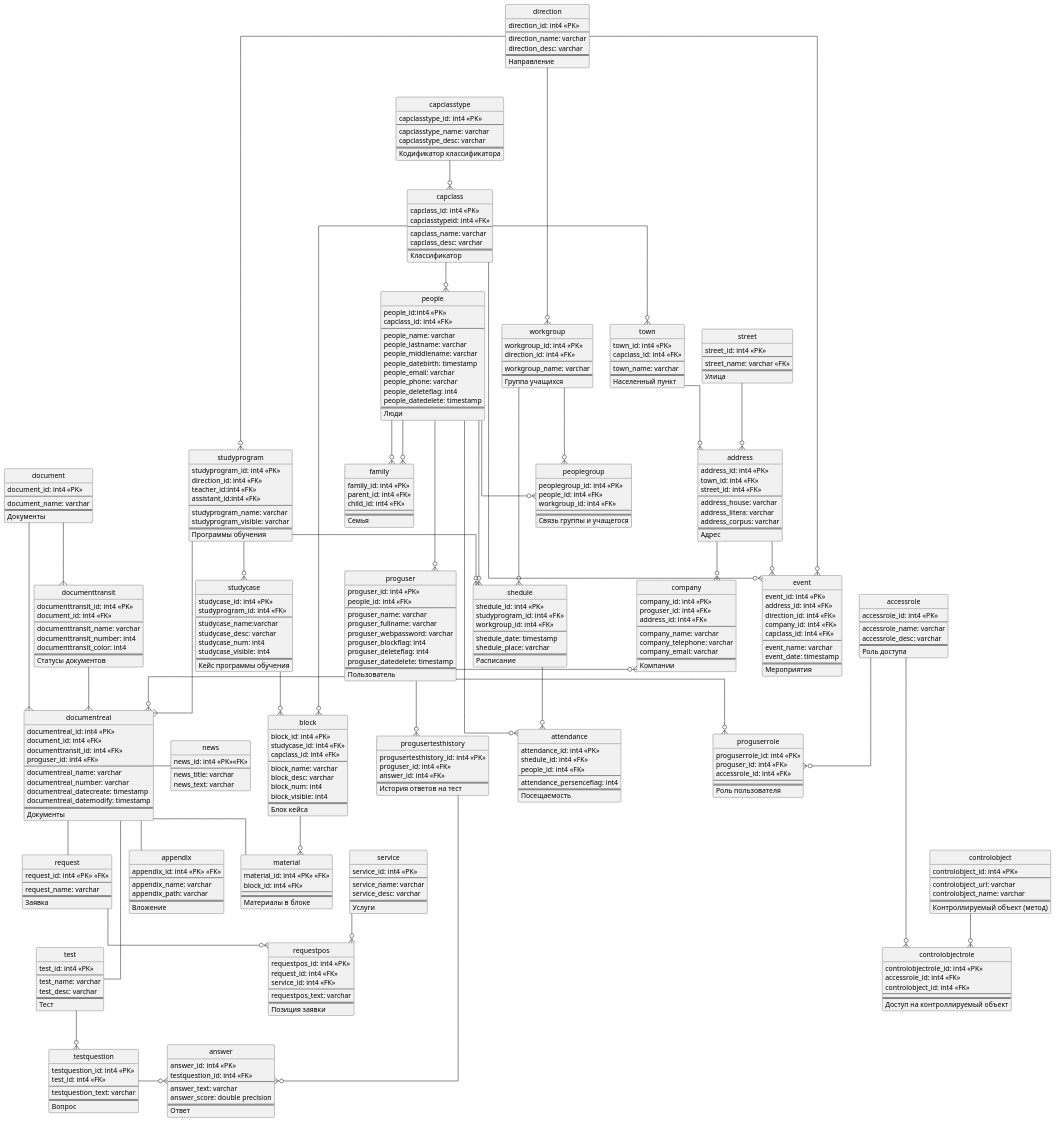
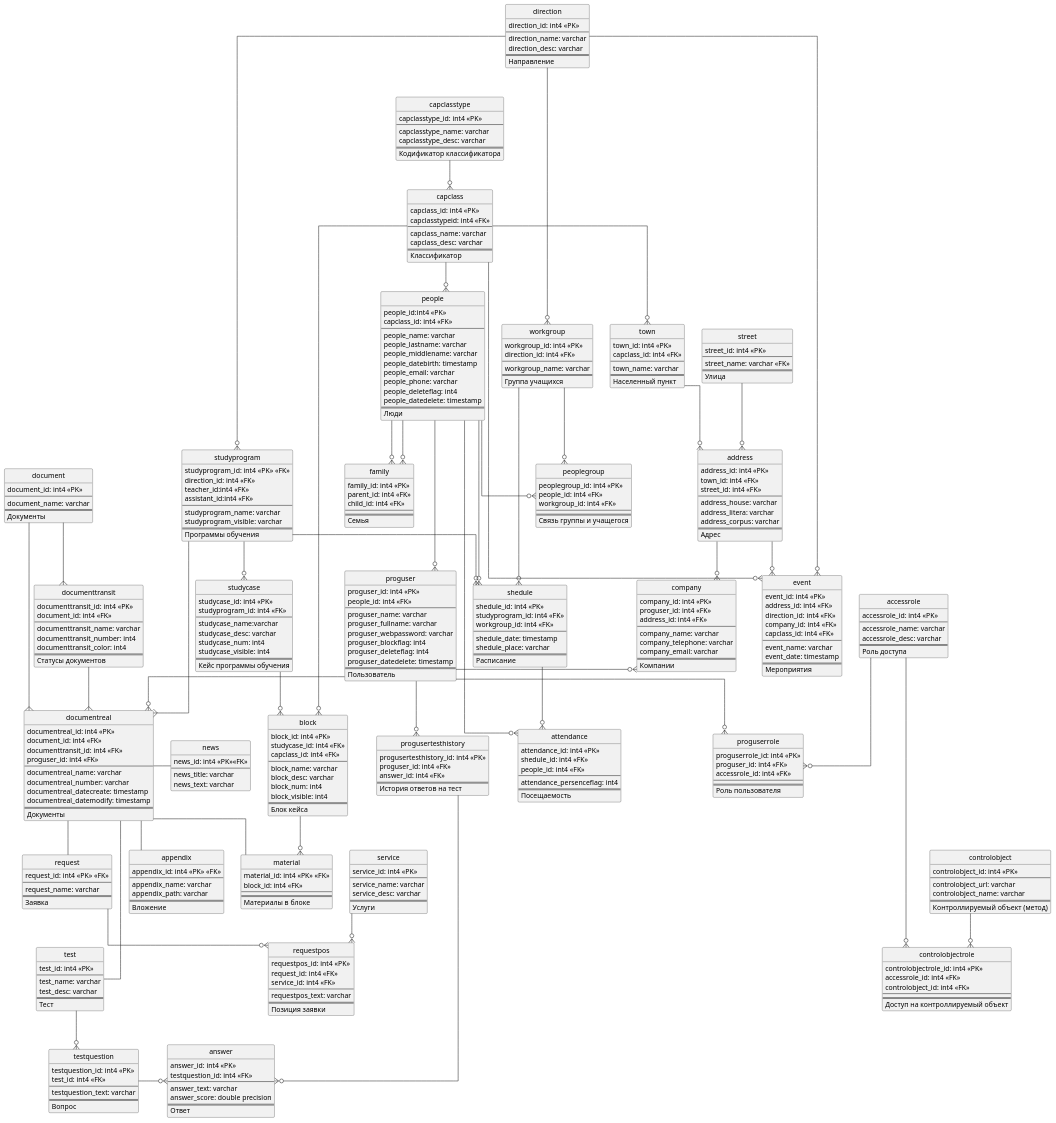
One commit to Skeletoshka/spring-core-backend changed the diagram in docs/er-diagram.puml. Above: the diagram before and after it, drawn with PlantUML. The commit also changed 1 other file, not shown here.

```diff
--- a/docs/er-diagram.puml
+++ b/docs/er-diagram.puml
@@ -61,7 +61,7 @@
     Связь группы и учащегося
 }
 entity studyprogram{
-    studyprogram_id: int4 <<PK>>
+    studyprogram_id: int4 <<PK>> <<FK>>
     direction_id: int4 <<FK>>
     teacher_id:int4 <<FK>>
     assistant_id:int4 <<FK>>
```
